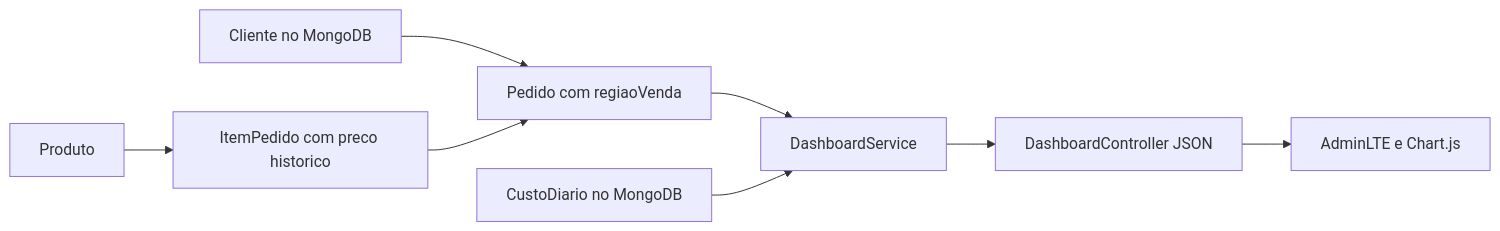
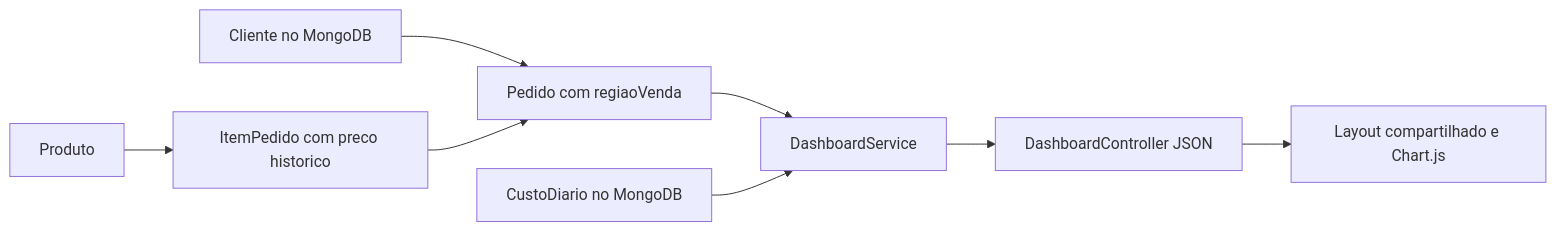
One commit to guilherme-math/pizzaria changed the diagram in docs/DASHBOARD.md. Above: the diagram before and after it, drawn with Mermaid. The commit also changed other lines of this file and 8 other files, not shown here.

````diff
--- a/docs/DASHBOARD.md
+++ b/docs/DASHBOARD.md
@@ -83,10 +83,10 @@
 ```mermaid
 flowchart LR
     Cliente[Cliente no MongoDB] --> Pedido[Pedido com regiaoVenda]
     Produto[Produto] --> Item[ItemPedido com preco historico]
     Item --> Pedido
     Pedido --> Analise[DashboardService]
     Custo[CustoDiario no MongoDB] --> Analise
     Analise --> API[DashboardController JSON]
-    API --> Tela[AdminLTE e Chart.js]
+    API --> Tela[Layout compartilhado e Chart.js]
 ```
````
